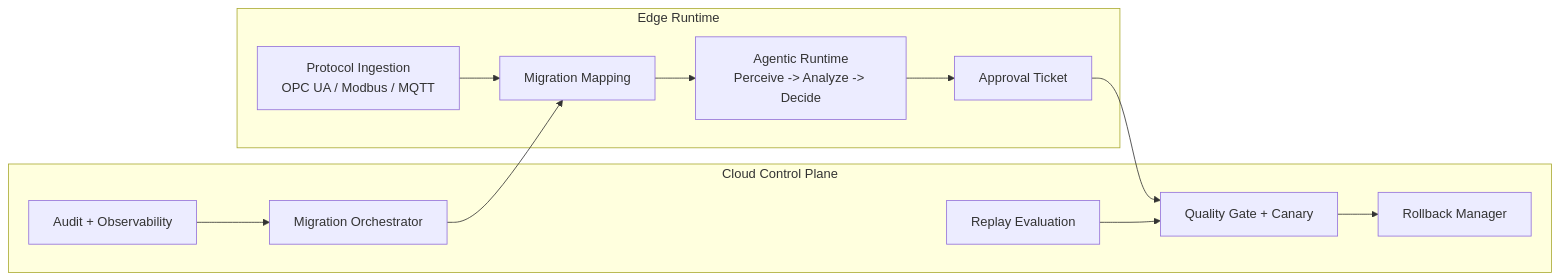
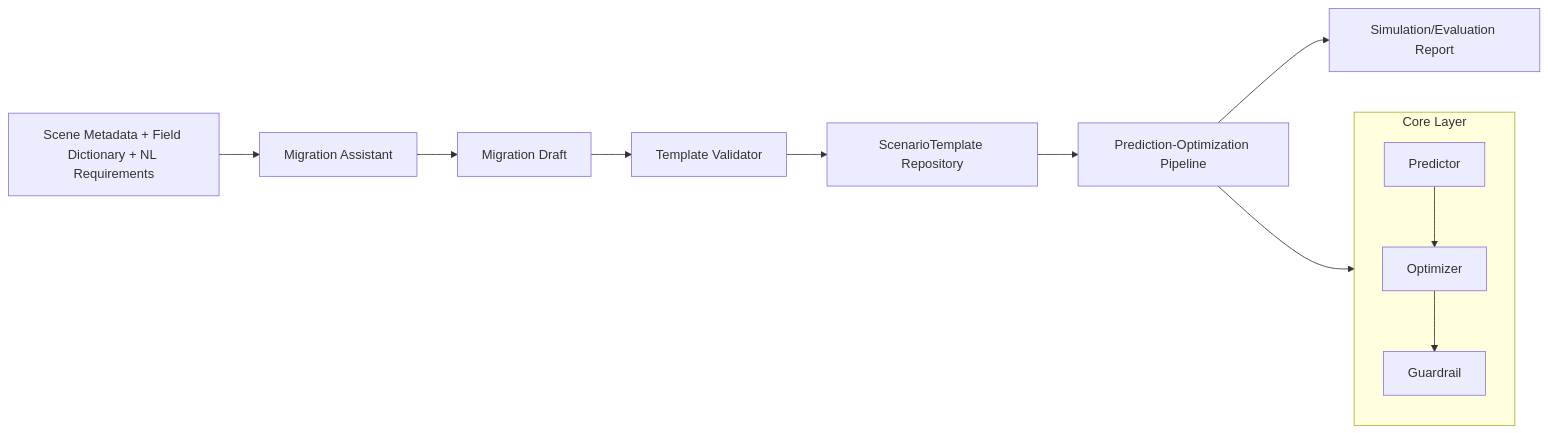
The diagram in README.md (ShunyuWu-Shaun/AgenticB), drawn with Mermaid before and after one commit. The commit also changed other lines of this file and 83 other files, not shown here.

Commit message:
refactor: rebuild as EasyShift-MaaS with migration-centric agentic core

````diff
--- a/README.md
+++ b/README.md
@@ -29,22 +33,15 @@
 ```mermaid
 flowchart LR
-  subgraph Edge["Edge Runtime"]
-    I["Protocol Ingestion\nOPC UA / Modbus / MQTT"] --> M["Migration Mapping"]
-    M --> A["Agentic Runtime\nPerceive -> Analyze -> Decide"]
-    A --> T["Approval Ticket"]
+  A["Scene Metadata + Field Dictionary + NL Requirements"] --> B["Migration Assistant"]
+  B --> C["Migration Draft"]
+  C --> D["Template Validator"]
+  D --> E["ScenarioTemplate Repository"]
+  E --> F["Prediction-Optimization Pipeline"]
+
+  subgraph Core["Core Layer"]
+    P["Predictor"] --> O["Optimizer"] --> G["Guardrail"]
   end
 
-  subgraph Cloud["Cloud Control Plane"]
-    C1["Migration Orchestrator"]
-    C2["Replay Evaluation"]
-    C3["Quality Gate + Canary"]
-    C4["Rollback Manager"]
-    C5["Audit + Observability"]
-  end
-
-  T --> C3
-  C2 --> C3
-  C3 --> C4
-  C1 --> M
-  C5 --> C1
+  F --> Core
+  F --> R["Simulation/Evaluation Report"]
 ```
````
